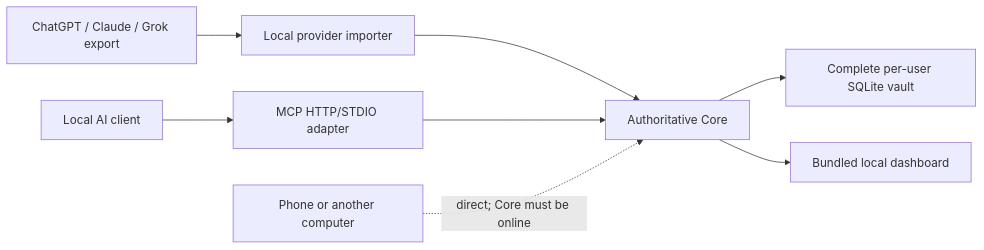
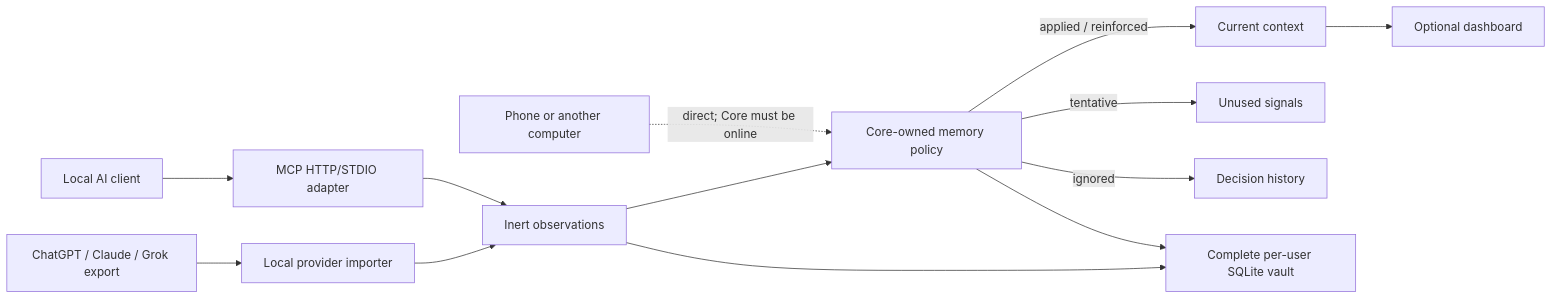
The diagram in docs/architecture/ARCHITECTURE.md (Martian-ux/All-The-Context), drawn with Mermaid before and after one commit. The commit also changed other lines of this file and 70 other files, not shown here.

````diff
--- a/docs/architecture/ARCHITECTURE.md
+++ b/docs/architecture/ARCHITECTURE.md
@@ -20,10 +23,15 @@
 ```mermaid
 flowchart LR
   Providers["ChatGPT / Claude / Grok export"] --> Import["Local provider importer"]
-  Import --> Core["Authoritative Core"]
+  Import --> Observations["Inert observations"]
   LocalAI["Local AI client"] --> Adapter["MCP HTTP/STDIO adapter"]
-  Adapter --> Core
-  Mobile["Phone or another computer"] -. "direct; Core must be online" .-> Core
-  Core --> DB["Complete per-user SQLite vault"]
-  Core --> UI["Bundled local dashboard"]
+  Adapter --> Observations
+  Observations --> Policy["Core-owned memory policy"]
+  Policy -->|"applied / reinforced"| Current["Current context"]
+  Policy -->|"tentative"| Tentative["Unused signals"]
+  Policy -->|"ignored"| History["Decision history"]
+  Observations --> DB["Complete per-user SQLite vault"]
+  Policy --> DB
+  Current --> UI["Optional dashboard"]
+  Mobile["Phone or another computer"] -. "direct; Core must be online" .-> Policy
 ```
````
